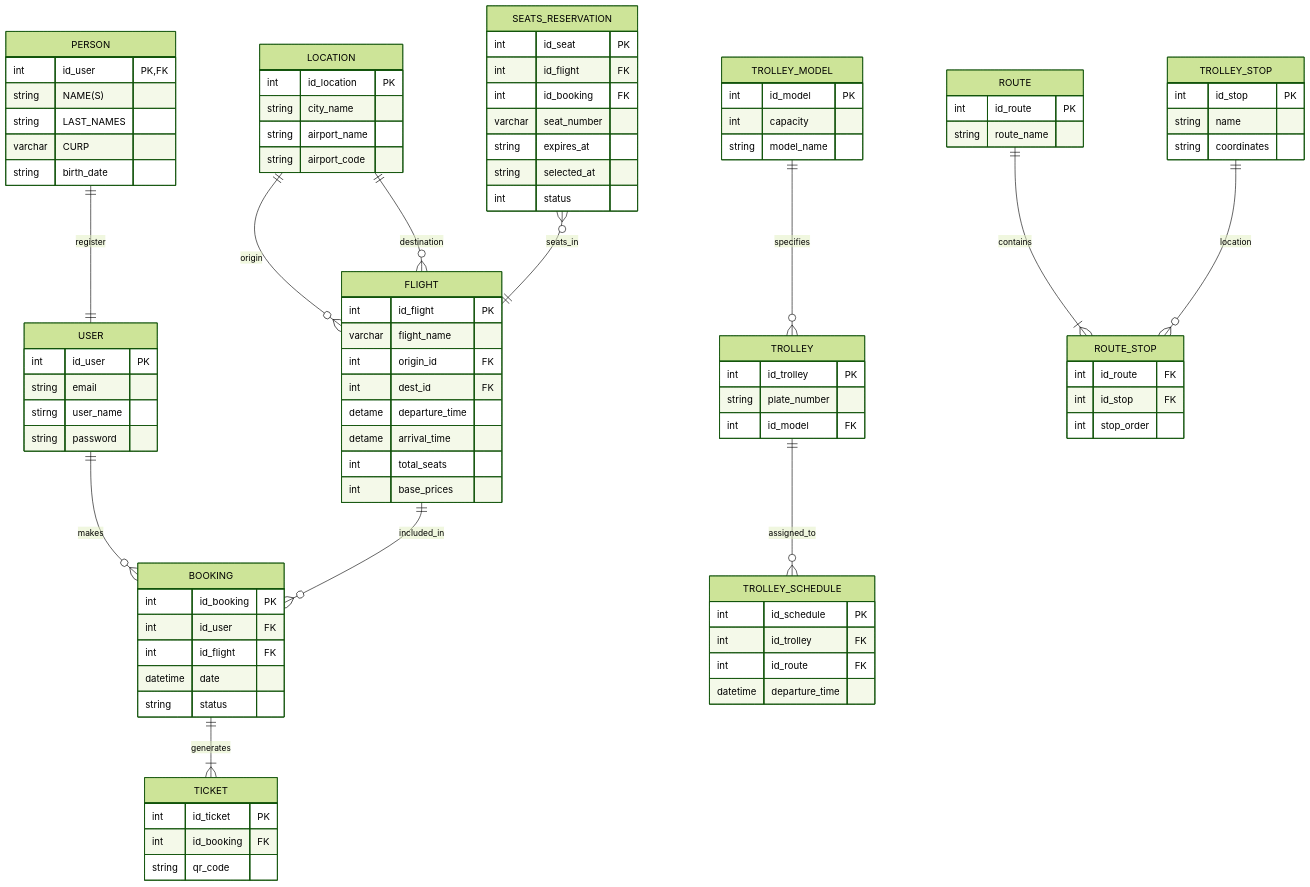
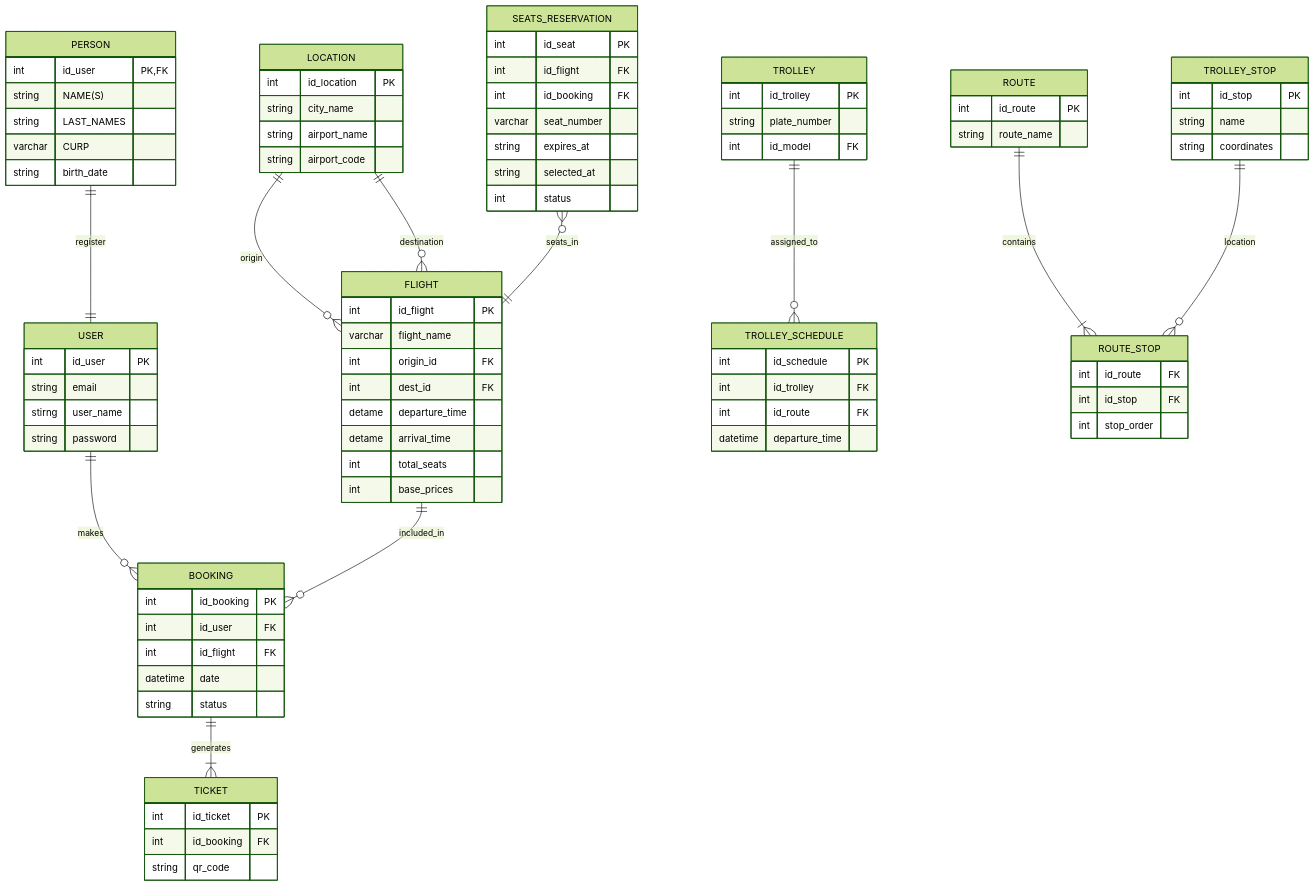
The diagram in docs/normalization_report.mmd (daniellopezcabrera/cbtis47-db-turismo-2026), drawn with Mermaid (forest theme) before and after one commit.

Commit message:
Remove TROLLEY_MODEL from normalization report
Removed TROLLEY_MODEL entity from the normalization report.

```diff
--- a/docs/normalization_report.mmd
+++ b/docs/normalization_report.mmd
@@ -1,116 +1,108 @@
 erDiagram
     USER ||--o{ BOOKING : makes
 
 %% A user can have many reservations
 %% Many reservation are of the user
     USER {
         int id_user PK
         string email
         stirng user_name
         string password
     }
 %% One PERSON can have a one user
    PERSON ||--|| USER  : register
 
     PERSON{
         int id_user PK,FK
         string NAME(S)
         string LAST_NAMES
         varchar CURP
         string birth_date
             }
 
    LOCATION ||--o{ FLIGHT : origin
     LOCATION||--o{ FLIGHT : destination
 
     LOCATION {
         int id_location PK
         string  city_name
         string  airport_name
         string  airport_code
     }
     
     FLIGHT ||--o{ BOOKING : included_in
 %%int origin_id FK --> location.id_location -- departure place
  %%int origin_id FK --> location.id_location -- arrival place   
     FLIGHT {
         int id_flight PK
         varchar flight_name
         int origin_id FK
         int dest_id FK
      detame departure_time
      detame arrival_time
      int total_seats
      int base_prices
     }
     
     SEATS_RESERVATION }o--||FLIGHT:seats_in
 %% satus (confirmed, pending, expired, cancelled)
 SEATS_RESERVATION{
      int id_seat PK
      int id_flight FK
      int id_booking FK
      varchar seat_number
      string expires_at
      string selected_at
      int status 
 }
     BOOKING ||--|{ TICKET : generates
 
     BOOKING {
         int id_booking PK
         int id_user FK
         int id_flight FK
         datetime date
         string status
     }
 
     TICKET {
         int id_ticket PK
         int id_booking FK
         string qr_code
     }
 
-    TROLLEY_MODEL ||--o{ TROLLEY : specifies
-
-    TROLLEY_MODEL {
-        int id_model PK
-        int capacity
-        string model_name
-    }
-
     TROLLEY ||--o{ TROLLEY_SCHEDULE : assigned_to
 
     TROLLEY {
         int id_trolley PK
         string plate_number
         int id_model FK
     }
 
     ROUTE ||--|{ ROUTE_STOP : contains
 
     ROUTE {
         int id_route PK
         string route_name
     }
 
     TROLLEY_STOP ||--o{ ROUTE_STOP : location
 
     TROLLEY_STOP {
         int id_stop PK
         string name
         string coordinates
     }
 
     ROUTE_STOP {
         int id_route FK
         int id_stop FK
         int stop_order
     }
 
     TROLLEY_SCHEDULE {
         int id_schedule PK
         int id_trolley FK
         int id_route FK
         datetime departure_time
     }
```
